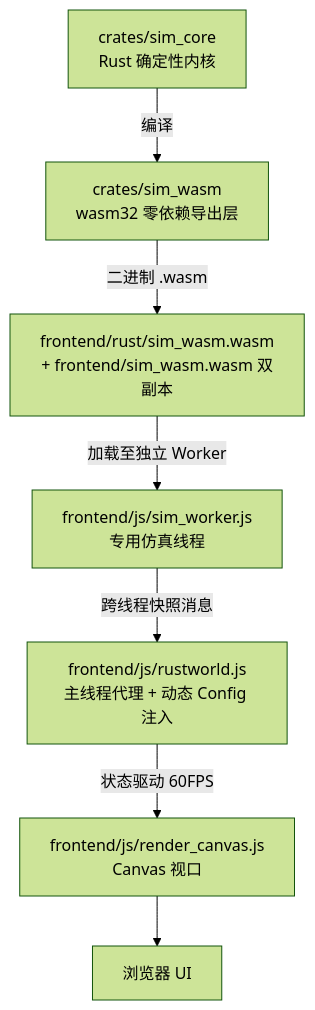
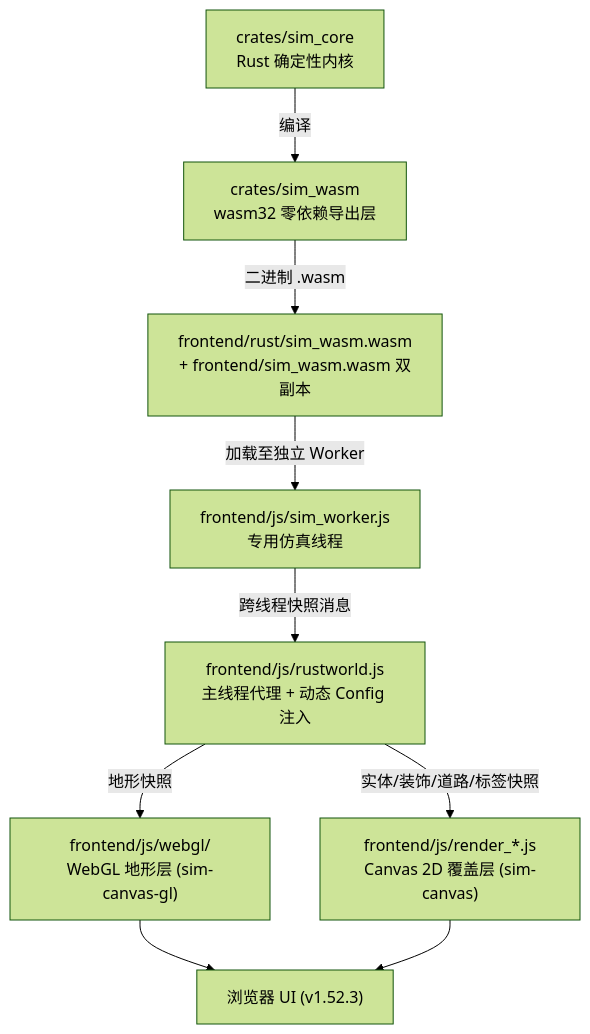
The first of 2 diagrams in docs/current/tech/01-engine-architecture.md (g39088902/FlowAndAccord), drawn with Mermaid (forest theme) before and after one commit. The commit also changed other lines of this file and 29 other files, not shown here.

````diff
--- a/docs/current/tech/01-engine-architecture.md
+++ b/docs/current/tech/01-engine-architecture.md
@@ -14,9 +16,11 @@
 ```mermaid
 graph TD
     A["crates/sim_core<br/>Rust 确定性内核"] -->|编译| B["crates/sim_wasm<br/>wasm32 零依赖导出层"]
     B -->|二进制 .wasm| C["frontend/rust/sim_wasm.wasm<br/>+ frontend/sim_wasm.wasm 双副本"]
     C -->|加载至独立 Worker| D["frontend/js/sim_worker.js<br/>专用仿真线程"]
     D -->|跨线程快照消息| E["frontend/js/rustworld.js<br/>主线程代理 + 动态 Config 注入"]
-    E -->|状态驱动 60FPS| F["frontend/js/render_canvas.js<br/>Canvas 视口"]
-    F --> G["浏览器 UI"]
+    E -->|地形快照| GL["frontend/js/webgl/<br/>WebGL 地形层 (sim-canvas-gl)"]
+    E -->|实体/装饰/道路/标签快照| F["frontend/js/render_*.js<br/>Canvas 2D 覆盖层 (sim-canvas)"]
+    GL --> H["浏览器 UI (v1.52.3)"]
+    F --> H
 ```
````
